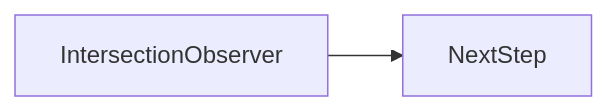
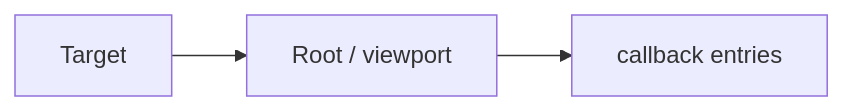
Before and after one commit to OmidJavaherii/Frontend-Engineering-Handbook: the second of 2 diagrams in docs/en/09-browser-apis/intersection-observer/index.md, drawn with Mermaid. The commit also changed other lines of this file and 461 other files, not shown here.

````diff
--- a/docs/en/09-browser-apis/intersection-observer/index.md
+++ b/docs/en/09-browser-apis/intersection-observer/index.md
@@ -95,4 +118,5 @@
 ```mermaid
 flowchart LR
-  concept[IntersectionObserver] --> nextStep[NextStep]
+  Target --> Root[Root / viewport]
+  Root --> CB[callback entries]
 ```
````
